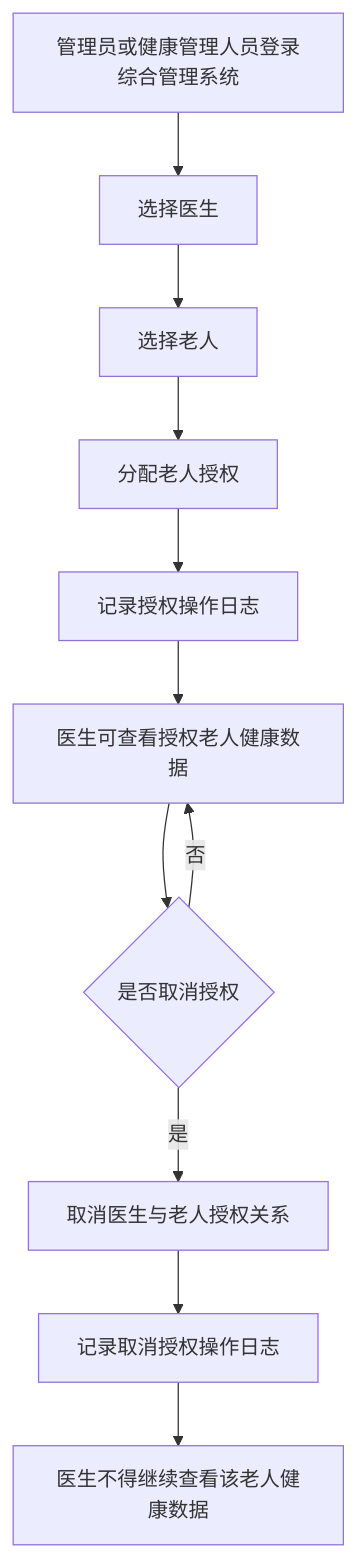
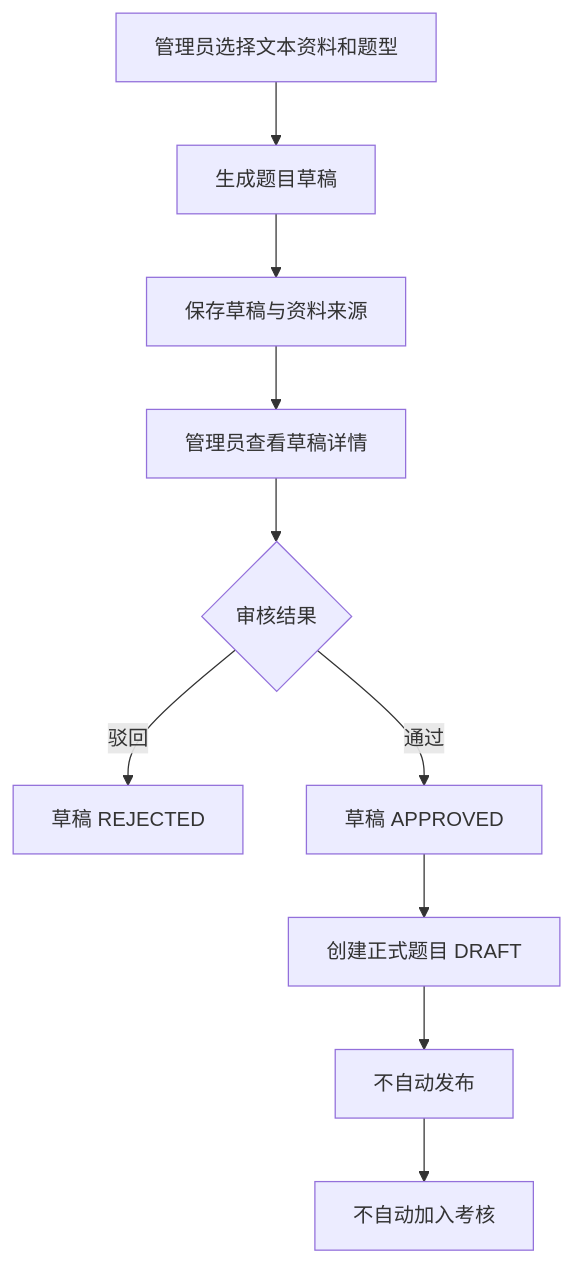
The sixth of 10 diagrams in docs/requirements/业务流程.md (thesantaana/Care-Nexus), drawn with Mermaid before and after one commit. The commit also changed other lines of this file, not shown here.

````diff
--- a/docs/requirements/业务流程.md
+++ b/docs/requirements/业务流程.md
@@ -262,13 +113,12 @@
 ```mermaid
 flowchart TD
-    A["管理员或健康管理人员登录综合管理系统"] --> B["选择医生"]
-    B --> C["选择老人"]
-    C --> D["分配老人授权"]
-    D --> E["记录授权操作日志"]
-    E --> F["医生可查看授权老人健康数据"]
-    F --> G{"是否取消授权"}
-    G -- "是" --> H["取消医生与老人授权关系"]
-    H --> I["记录取消授权操作日志"]
-    I --> J["医生不得继续查看该老人健康数据"]
-    G -- "否" --> F
+    A[管理员选择文本资料和题型] --> B[生成题目草稿]
+    B --> C[保存草稿与资料来源]
+    C --> D[管理员查看草稿详情]
+    D --> E{审核结果}
+    E -- 驳回 --> F[草稿 REJECTED]
+    E -- 通过 --> G[草稿 APPROVED]
+    G --> H[创建正式题目 DRAFT]
+    H --> I[不自动发布]
+    I --> J[不自动加入考核]
 ```
````
